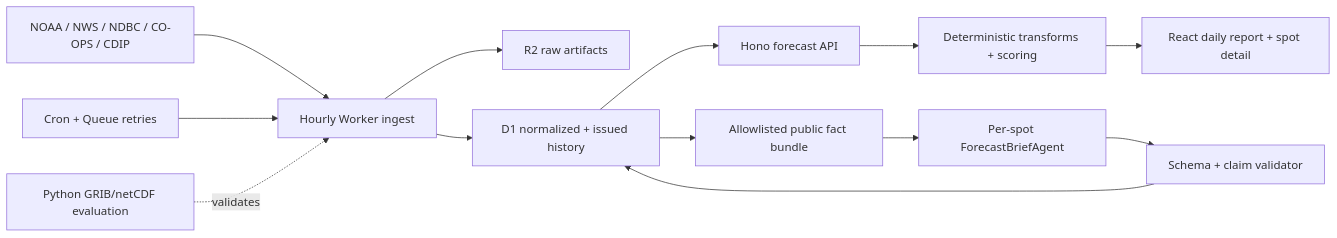
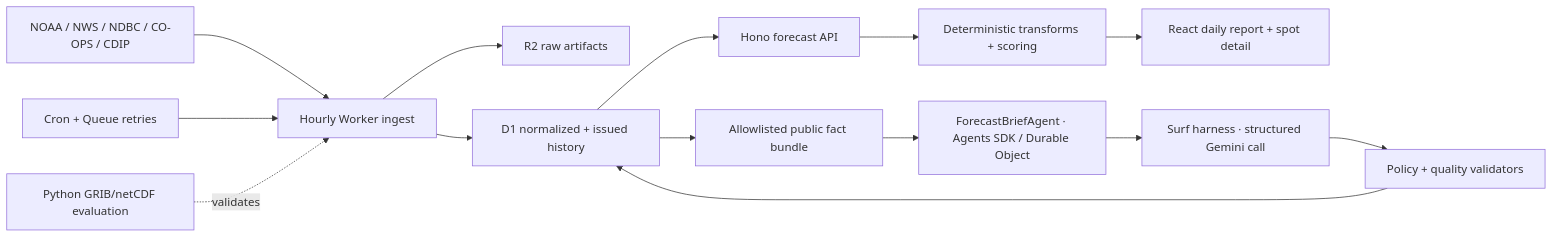
Before and after one commit to aylee/surf: the diagram in docs/architecture.md, drawn with Mermaid. The commit also changed other lines of this file and 31 other files, not shown here.

````diff
--- a/docs/architecture.md
+++ b/docs/architecture.md
@@ -7,15 +7,16 @@
 ```mermaid
 flowchart LR
   feeds["NOAA / NWS / NDBC / CO-OPS / CDIP"] --> ingest["Hourly Worker ingest"]
   ingest --> raw["R2 raw artifacts"]
   ingest --> rows["D1 normalized + issued history"]
   queue["Cron + Queue retries"] --> ingest
   rows --> api["Hono forecast API"]
   api --> core["Deterministic transforms + scoring"]
   core --> ui["React daily report + spot detail"]
   rows --> facts["Allowlisted public fact bundle"]
-  facts --> agent["Per-spot ForecastBriefAgent"]
-  agent --> validate["Schema + claim validator"]
+  facts --> agent["ForecastBriefAgent · Agents SDK / Durable Object"]
+  agent --> model["Surf harness · structured Gemini call"]
+  model --> validate["Policy + quality validators"]
   validate --> rows
   python["Python GRIB/netCDF evaluation"] -. validates .-> ingest
 ```
````
